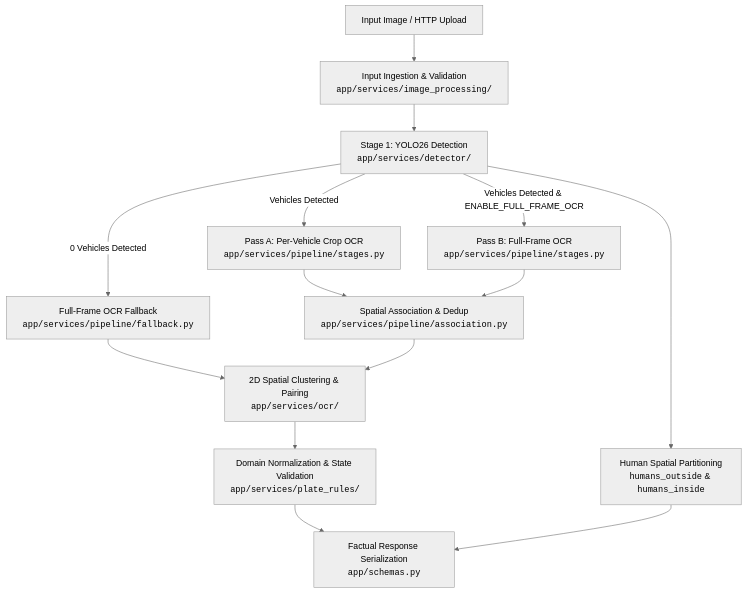
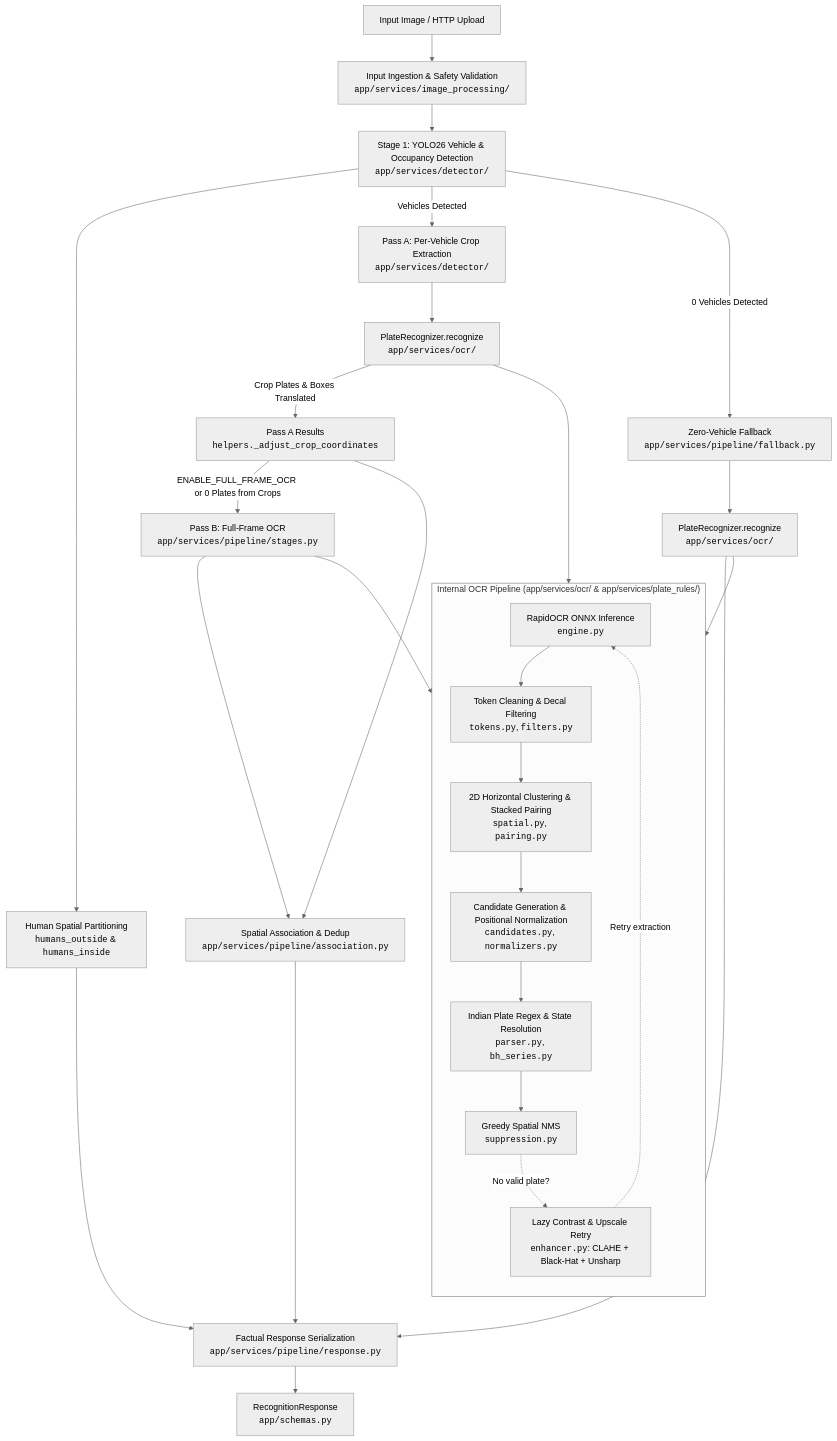
The diagram in docs/ARCHITECTURE.md (dheereshag/argus), drawn with Mermaid (neutral theme) before and after one commit. The commit also changed other lines of this file and 1 other file, not shown here.

Commit message:
docs: update architecture flowchart and internal constants reference

````diff
--- a/docs/ARCHITECTURE.md
+++ b/docs/ARCHITECTURE.md
@@ -11,20 +11,40 @@
 ```mermaid
 flowchart TD
-    A[Input Image / HTTP Upload] --> B[Input Ingestion & Validation<br/><code>app/services/image_processing/</code>]
-    B --> C[Stage 1: YOLO26 Detection<br/><code>app/services/detector/</code>]
+    A[Input Image / HTTP Upload] --> B[Input Ingestion & Safety Validation<br/><code>app/services/image_processing/</code>]
+    B --> C[Stage 1: YOLO26 Vehicle & Occupancy Detection<br/><code>app/services/detector/</code>]
     
     C --> H1[Human Spatial Partitioning<br/><code>humans_outside</code> & <code>humans_inside</code>]
     
-    C -- Vehicles Detected --> D[Pass A: Per-Vehicle Crop OCR<br/><code>app/services/pipeline/stages.py</code>]
-    C -- Vehicles Detected & ENABLE_FULL_FRAME_OCR --> E1[Pass B: Full-Frame OCR<br/><code>app/services/pipeline/stages.py</code>]
-    C -- 0 Vehicles Detected --> E2[Full-Frame OCR Fallback<br/><code>app/services/pipeline/fallback.py</code>]
+    C -- Vehicles Detected --> D[Pass A: Per-Vehicle Crop Extraction<br/><code>app/services/detector/</code>]
+    D --> OCR_A[PlateRecognizer.recognize<br/><code>app/services/ocr/</code>]
     
-    D --> S[Spatial Association & Dedup<br/><code>app/services/pipeline/association.py</code>]
-    E1 --> S
-    E2 --> F[2D Spatial Clustering & Pairing<br/><code>app/services/ocr/</code>]
-    S --> F
+    C -- 0 Vehicles Detected --> FB[Zero-Vehicle Fallback<br/><code>app/services/pipeline/fallback.py</code>]
+    FB --> OCR_FB[PlateRecognizer.recognize<br/><code>app/services/ocr/</code>]
     
-    F --> G[Domain Normalization & State Validation<br/><code>app/services/plate_rules/</code>]
-    G --> H[Factual Response Serialization<br/><code>app/schemas.py</code>]
-    H1 --> H
+    subgraph OCR_PIPELINE ["Internal OCR Pipeline (app/services/ocr/ & app/services/plate_rules/)"]
+        direction TB
+        O1[RapidOCR ONNX Inference<br/><code>engine.py</code>] --> O2[Token Cleaning & Decal Filtering<br/><code>tokens.py</code>, <code>filters.py</code>]
+        O2 --> O3[2D Horizontal Clustering & Stacked Pairing<br/><code>spatial.py</code>, <code>pairing.py</code>]
+        O3 --> O4[Candidate Generation & Positional Normalization<br/><code>candidates.py</code>, <code>normalizers.py</code>]
+        O4 --> O5[Indian Plate Regex & State Resolution<br/><code>parser.py</code>, <code>bh_series.py</code>]
+        O5 --> O6[Greedy Spatial NMS<br/><code>suppression.py</code>]
+        O6 -. No valid plate? .-> O7[Lazy Contrast & Upscale Retry<br/><code>enhancer.py</code>: CLAHE + Black-Hat + Unsharp]
+        O7 -. Retry extraction .-> O1
+    end
+    
+    OCR_A --> OCR_PIPELINE
+    OCR_FB --> OCR_PIPELINE
+    
+    OCR_A -- Crop Plates & Boxes Translated --> P_A[Pass A Results<br/><code>helpers._adjust_crop_coordinates</code>]
+    
+    P_A -- ENABLE_FULL_FRAME_OCR or 0 Plates from Crops --> FF[Pass B: Full-Frame OCR<br/><code>app/services/pipeline/stages.py</code>]
+    FF --> OCR_PIPELINE
+    
+    P_A --> ASSOC[Spatial Association & Dedup<br/><code>app/services/pipeline/association.py</code>]
+    FF --> ASSOC
+    
+    ASSOC --> RESP[Factual Response Serialization<br/><code>app/services/pipeline/response.py</code>]
+    OCR_FB --> RESP
+    H1 --> RESP
+    RESP --> OUT[RecognitionResponse<br/><code>app/schemas.py</code>]
 ```
````
